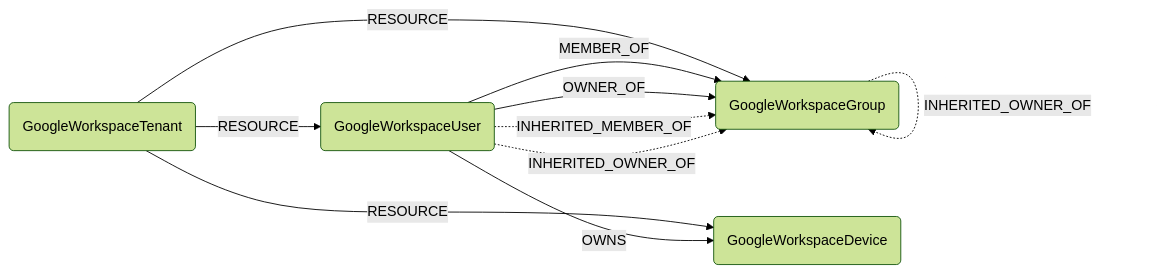
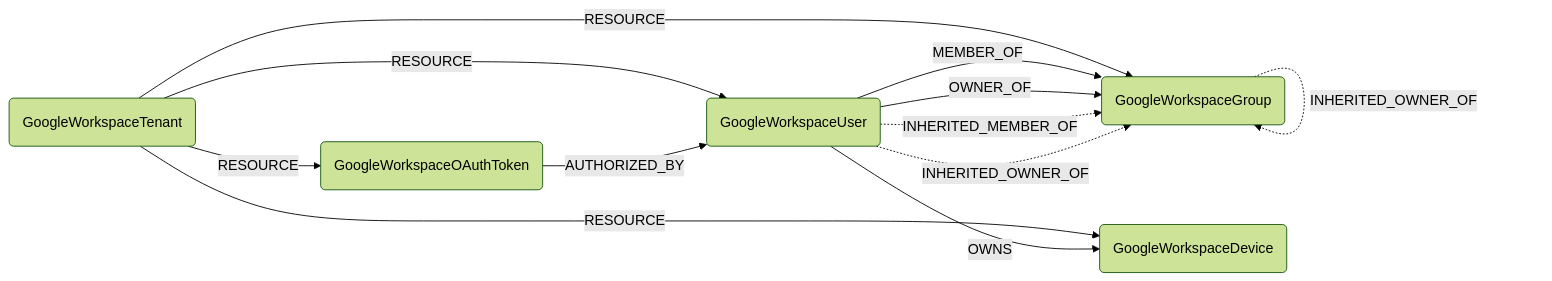
One commit to cartography-cncf/cartography changed the diagram in docs/root/modules/googleworkspace/schema.md. Above: the diagram before and after it, drawn with Mermaid (forest theme). The commit also changed other lines of this file and 11 other files, not shown here.

Commit message:
feat: add google oauth tokens

````diff
--- a/docs/root/modules/googleworkspace/schema.md
+++ b/docs/root/modules/googleworkspace/schema.md
@@ -3,15 +3,17 @@
 ```mermaid
 graph LR
     T(GoogleWorkspaceTenant) -- RESOURCE --> U(GoogleWorkspaceUser)
     T -- RESOURCE --> G(GoogleWorkspaceGroup)
     T -- RESOURCE --> D(GoogleWorkspaceDevice)
+    T -- RESOURCE --> O(GoogleWorkspaceOAuthToken)
     U -- MEMBER_OF --> G
     U -- OWNER_OF --> G
     U -- OWNS --> D
     U -. INHERITED_MEMBER_OF .-> G
     U -. INHERITED_OWNER_OF .-> G
     G -- MEMBER_OF --> G
     G -- OWNER_OF --> G
     G -. INHERITED_MEMBER_OF .-> G
     G -. INHERITED_OWNER_OF .-> G
+    O -- AUTHORIZED_BY --> U
 ```
````
